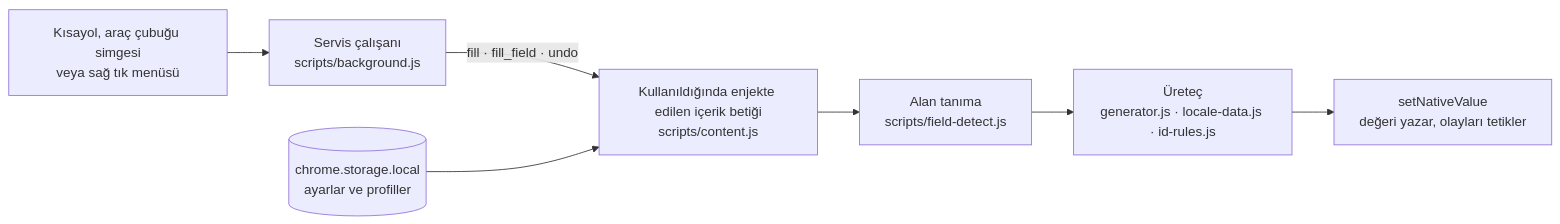
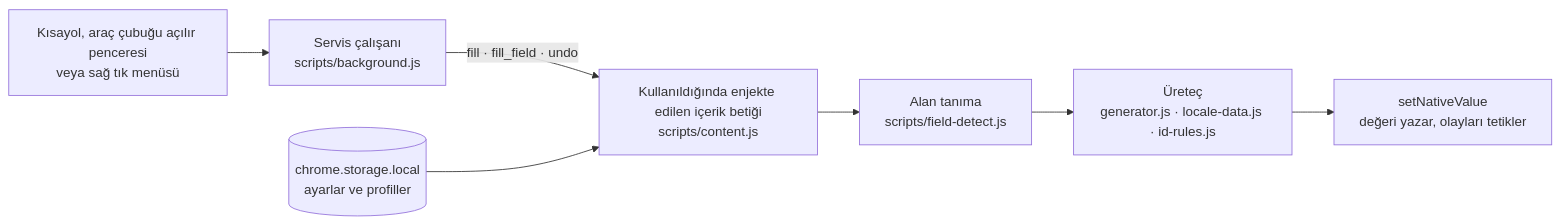
Before and after one commit to kilicberkay/FillHub: the diagram in README.tr.md, drawn with Mermaid. The commit also changed other lines of this file and 14 other files, not shown here.

````diff
--- a/README.tr.md
+++ b/README.tr.md
@@ -225,9 +225,9 @@
 ```mermaid
 flowchart LR
-    A["Kısayol, araç çubuğu simgesi<br/>veya sağ tık menüsü"] --> B["Servis çalışanı<br/>scripts/background.js"]
+    A["Kısayol, araç çubuğu açılır penceresi<br/>veya sağ tık menüsü"] --> B["Servis çalışanı<br/>scripts/background.js"]
     B -->|"fill · fill_field · undo"| C["Kullanıldığında enjekte edilen içerik betiği<br/>scripts/content.js"]
     S[("chrome.storage.local<br/>ayarlar ve profiller")] --> C
     C --> D["Alan tanıma<br/>scripts/field-detect.js"]
     D --> E["Üreteç<br/>generator.js · locale-data.js · id-rules.js"]
     E --> F["setNativeValue<br/>değeri yazar, olayları tetikler"]
 ```
````
